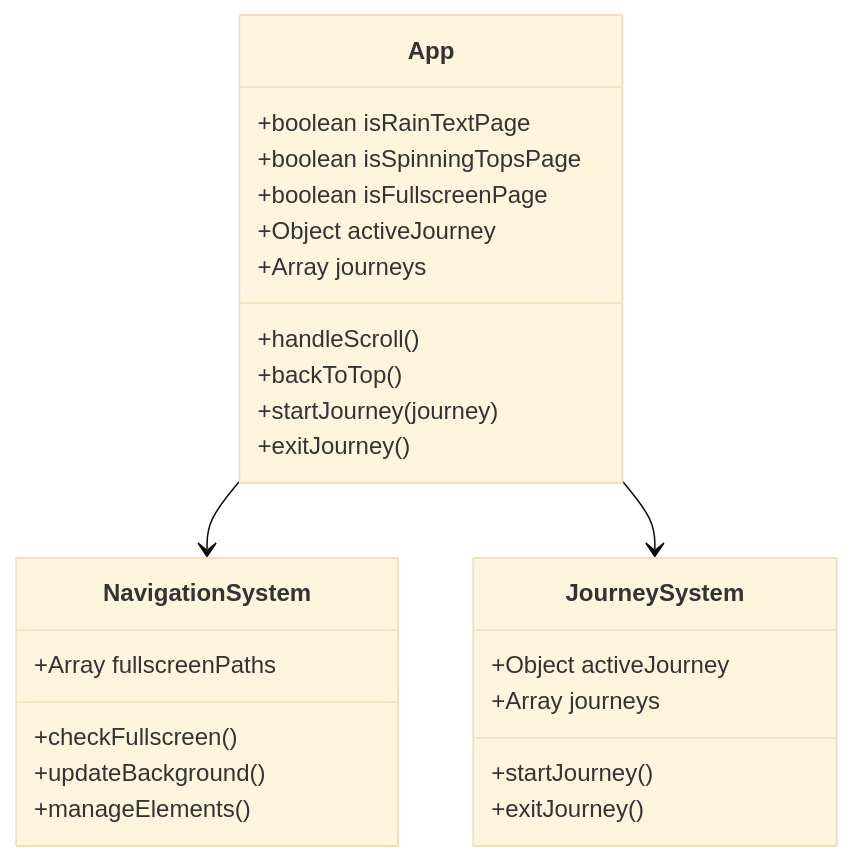
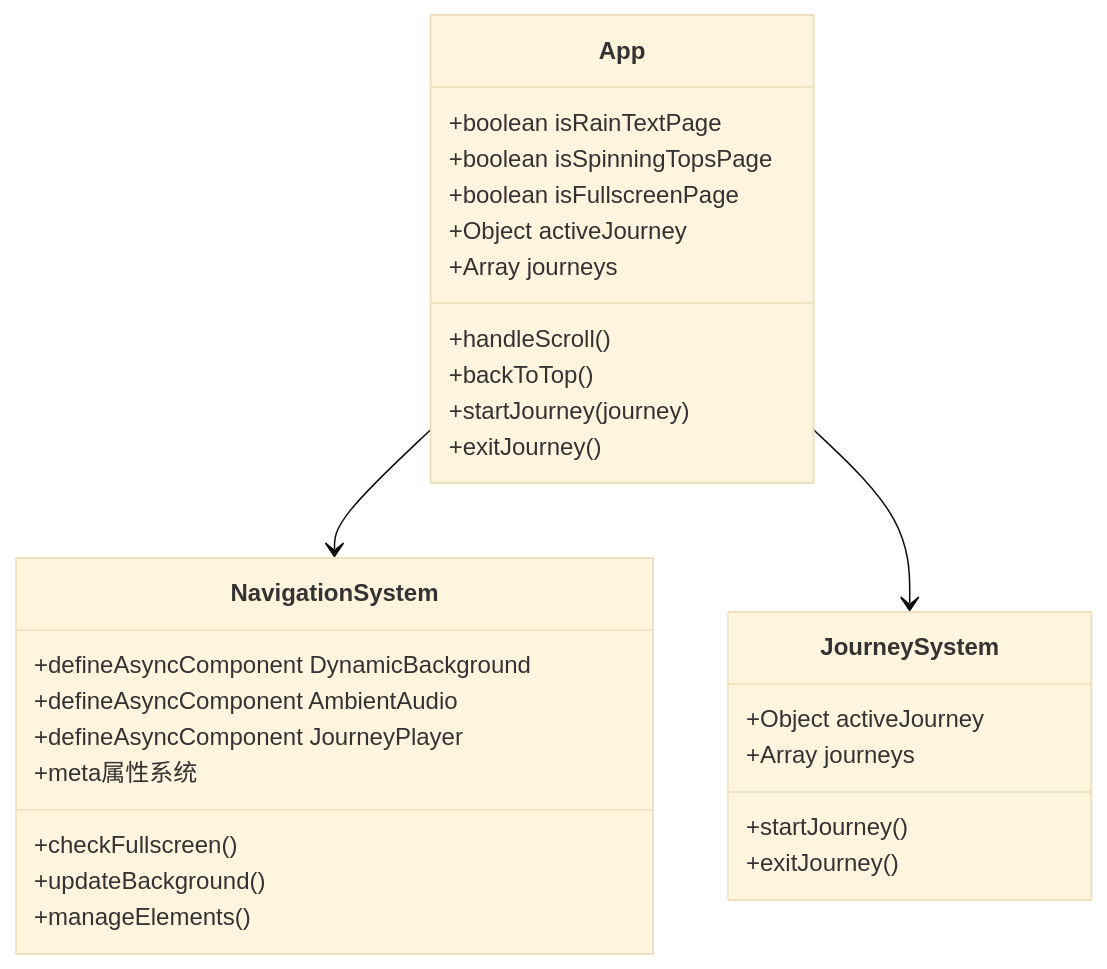
The sixth of 10 diagrams in .qoder/repowiki/zh/content/路由系统更新.md (yuyezhizhi/yuyezhizhi.github.io), drawn with Mermaid (base theme) before and after one commit. The commit also changed other lines of this file and 9 other files, not shown here.

````diff
--- a/.qoder/repowiki/zh/content/路由系统更新.md
+++ b/.qoder/repowiki/zh/content/路由系统更新.md
@@ -219,28 +247,31 @@
 ```mermaid
 classDiagram
 class App {
 +boolean isRainTextPage
 +boolean isSpinningTopsPage
 +boolean isFullscreenPage
 +Object activeJourney
 +Array journeys
 +handleScroll()
 +backToTop()
 +startJourney(journey)
 +exitJourney()
 }
 class NavigationSystem {
-+Array fullscreenPaths
++defineAsyncComponent DynamicBackground
++defineAsyncComponent AmbientAudio
++defineAsyncComponent JourneyPlayer
++meta属性系统
 +checkFullscreen()
 +updateBackground()
 +manageElements()
 }
 class JourneySystem {
 +Object activeJourney
 +Array journeys
 +startJourney()
 +exitJourney()
 }
 App --> NavigationSystem
 App --> JourneySystem
 ```
````
